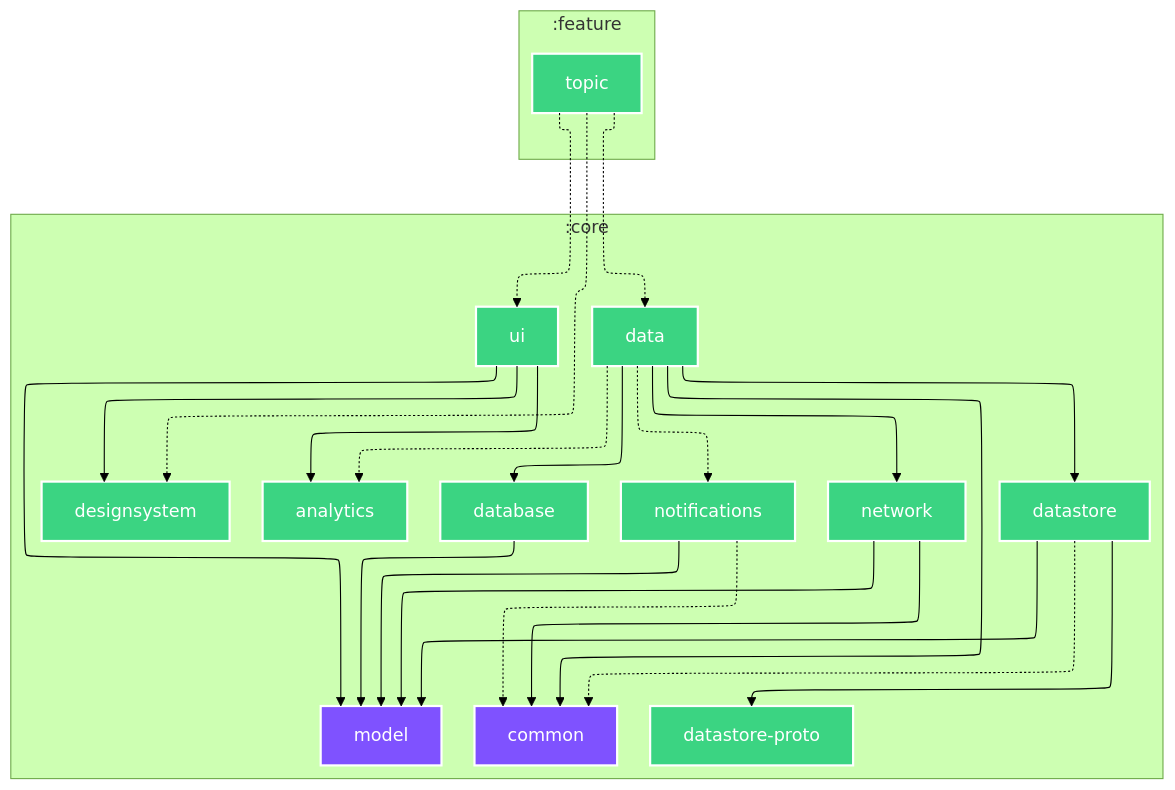
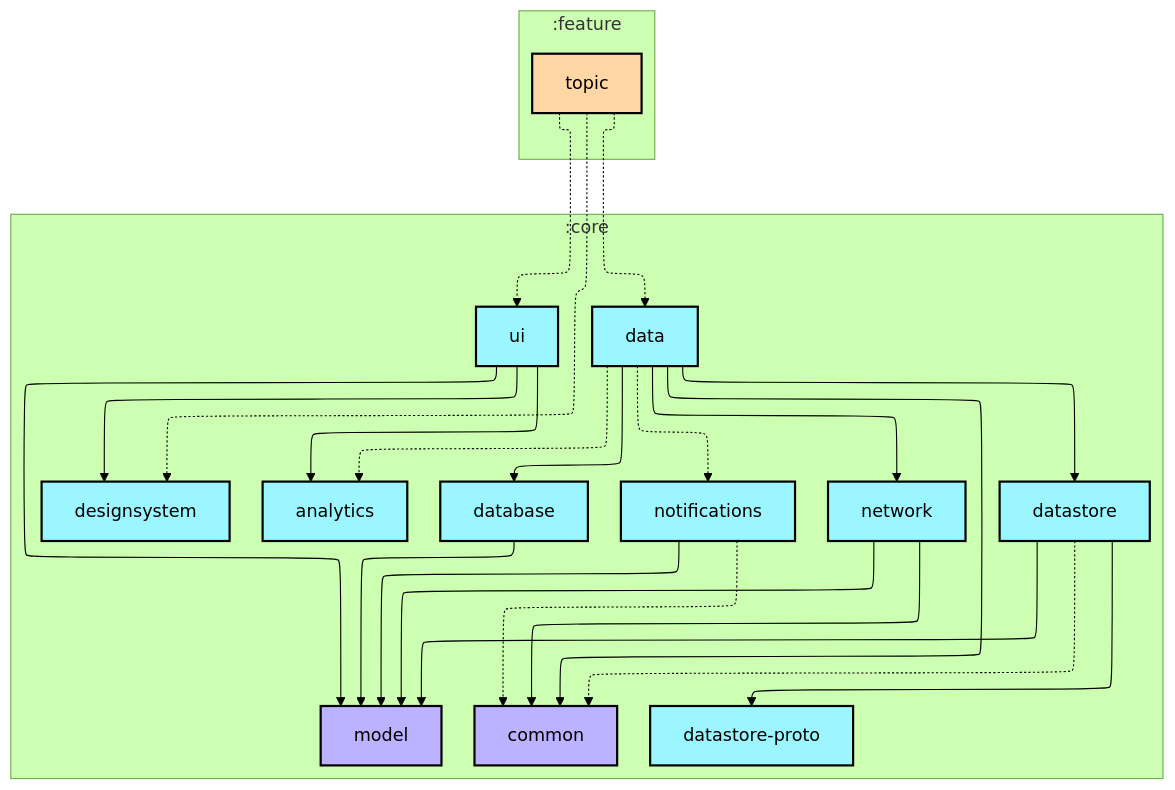
Before and after one commit to android/nowinandroid: the diagram in feature/topic/README.md, drawn with Mermaid (forest theme). The commit also changed other lines of this file and 28 other files, not shown here.

````diff
--- a/feature/topic/README.md
+++ b/feature/topic/README.md
@@ -4,54 +6,55 @@
 ```mermaid
 ---
 config:
   layout: elk
   elk:
     nodePlacementStrategy: SIMPLE
 ---
 graph TB
   subgraph :core
     direction TB
     :core:analytics[analytics]:::android-library
-    :core:common[common]:::jvm
+    :core:common[common]:::jvm-library
     :core:data[data]:::android-library
     :core:database[database]:::android-library
     :core:datastore[datastore]:::android-library
     :core:datastore-proto[datastore-proto]:::android-library
     :core:designsystem[designsystem]:::android-library
-    :core:model[model]:::jvm
+    :core:model[model]:::jvm-library
     :core:network[network]:::android-library
     :core:notifications[notifications]:::android-library
     :core:ui[ui]:::android-library
   end
   subgraph :feature
     direction TB
-    :feature:topic[topic]:::android-library
+    :feature:topic[topic]:::android-feature
   end
 
   :core:data -.-> :core:analytics
   :core:data ---> :core:common
   :core:data ---> :core:database
   :core:data ---> :core:datastore
   :core:data ---> :core:network
   :core:data -.-> :core:notifications
   :core:database ---> :core:model
   :core:datastore -.-> :core:common
   :core:datastore ---> :core:datastore-proto
   :core:datastore ---> :core:model
   :core:network ---> :core:common
   :core:network ---> :core:model
   :core:notifications -.-> :core:common
   :core:notifications ---> :core:model
   :core:ui ---> :core:analytics
   :core:ui ---> :core:designsystem
   :core:ui ---> :core:model
   :feature:topic -.-> :core:data
   :feature:topic -.-> :core:designsystem
   :feature:topic -.-> :core:ui
 
-classDef android-application fill:#7F52FF,stroke:#fff,stroke-width:2px,color:#fff;
-classDef android-library fill:#3BD482,stroke:#fff,stroke-width:2px,color:#fff;
-classDef android-test fill:#3BD482,stroke:#fff,stroke-width:2px,color:#fff;
-classDef jvm fill:#7F52FF,stroke:#fff,stroke-width:2px,color:#fff;
-classDef unknown fill:#FF0000,stroke:#fff,stroke-width:2px,color:#fff;
+classDef android-application fill:#CAFFBF,stroke:#000,stroke-width:2px,color:#000;
+classDef android-feature fill:#FFD6A5,stroke:#000,stroke-width:2px,color:#000;
+classDef android-library fill:#9BF6FF,stroke:#000,stroke-width:2px,color:#000;
+classDef android-test fill:#A0C4FF,stroke:#000,stroke-width:2px,color:#000;
+classDef jvm-library fill:#BDB2FF,stroke:#000,stroke-width:2px,color:#000;
+classDef unknown fill:#FFADAD,stroke:#000,stroke-width:2px,color:#000;
 ```
````
